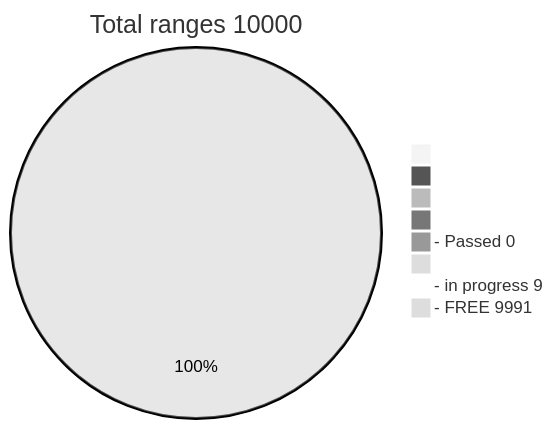
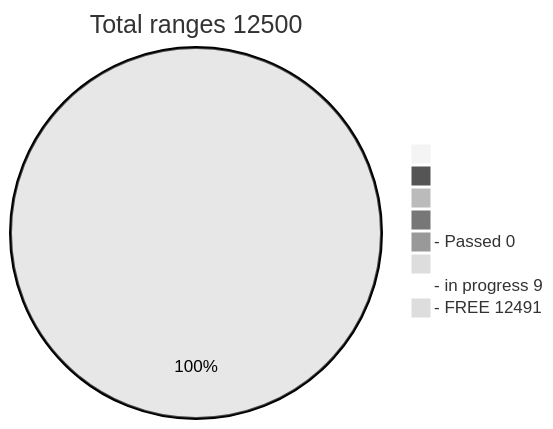
The diagram in README.md (phrutis/Passphrases), drawn with Mermaid (neutral theme) before and after one commit.

````diff
--- a/README.md
+++ b/README.md
@@ -3,12 +3,12 @@
 ```mermaid
-pie title Total ranges 10000
+pie title Total ranges 12500
              " " : 0
             "  " : 0
            "   " : 0
           "    " : 0
   "- Passed 0" : 0
          "     " : 0
   "- in progress 9" : 9
-   "- FREE 9991" : 9991
+   "- FREE 12491" : 12491
    
 ```
````
